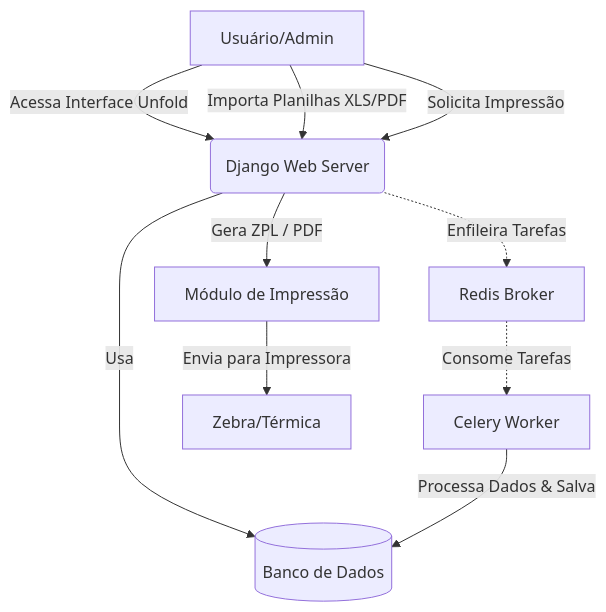
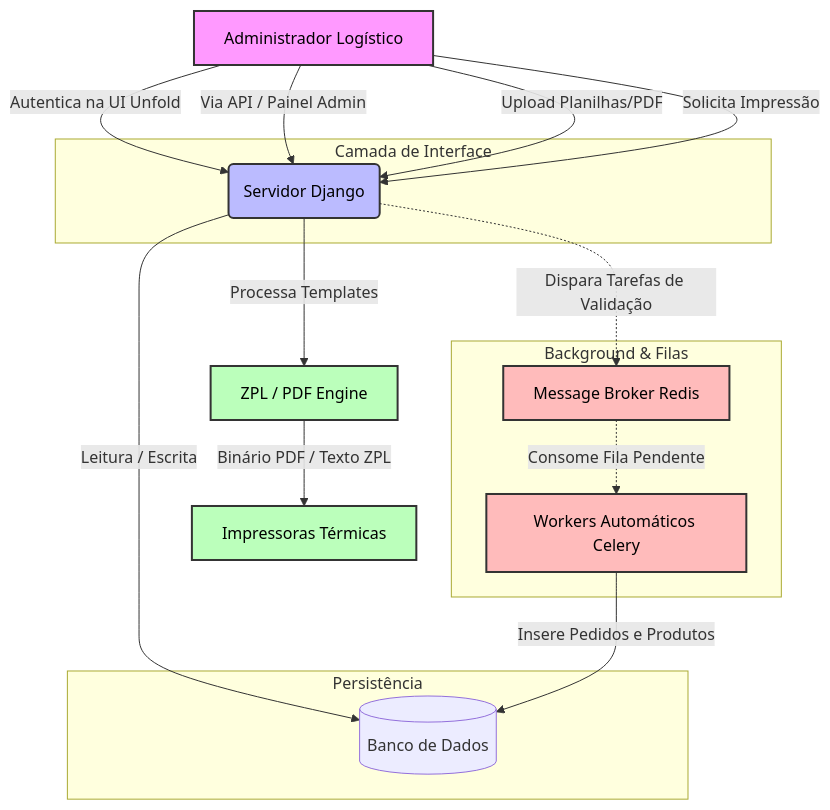
One commit to Avance-Farma/picking-ticket-printer-django-system changed the first of 2 diagrams in docs/architecture.md. Above: the diagram before and after it, drawn with Mermaid. The commit also changed other lines of this file and 11 other files, not shown here.

````diff
--- a/docs/architecture.md
+++ b/docs/architecture.md
@@ -24,12 +30,31 @@
 ```mermaid
 graph TD
-    A[Usuário/Admin] -->|Acessa Interface Unfold| B(Django Web Server)
-    B -->|Usa| C[(Banco de Dados)]
-    A -->|Importa Planilhas XLS/PDF| B
-    B -.->|Enfileira Tarefas| D[Redis Broker]
-    D -.->|Consome Tarefas| E[Celery Worker]
-    E -->|Processa Dados & Salva| C
-    A -->|Solicita Impressão| B
-    B -->|Gera ZPL / PDF| F[Módulo de Impressão]
-    F -->|Envia para Impressora| G[Zebra/Térmica]
+    classDef user fill:#f9f,stroke:#333,stroke-width:2px,color:#000;
+    classDef web fill:#bbf,stroke:#333,stroke-width:2px,color:#000;
+    classDef async fill:#fbb,stroke:#333,stroke-width:2px,color:#000;
+    classDef print fill:#bfb,stroke:#333,stroke-width:2px,color:#000;
+
+    User[Administrador Logístico]:::user -->|Autentica na UI Unfold| Web(Servidor Django):::web
+    Web -->|Leitura / Escrita| DB[(Banco de Dados)]
+    User -->|Via API / Painel Admin| Web
+    User -->|Upload Planilhas/PDF| Web
+    
+    Web -.->|Dispara Tarefas de Validação| Redis[Message Broker Redis]:::async
+    Redis -.->|Consome Fila Pendente| Celery[Workers Automáticos Celery]:::async
+    Celery -->|Insere Pedidos e Produtos| DB
+    
+    User -->|Solicita Impressão| Web
+    Web -->|Processa Templates| ZPL[ZPL / PDF Engine]:::print
+    ZPL -->|Binário PDF / Texto ZPL| Printer[Impressoras Térmicas]:::print
+    
+    subgraph "Camada de Interface"
+        Web
+    end
+    subgraph "Background & Filas"
+        Redis
+        Celery
+    end
+    subgraph "Persistência"
+        DB
+    end
 ```
````
